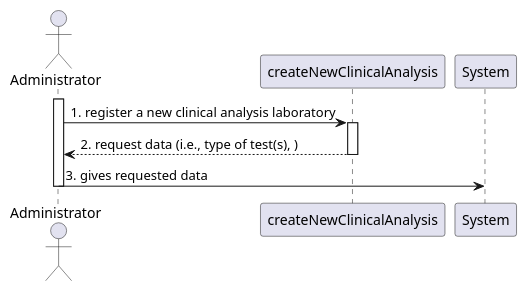
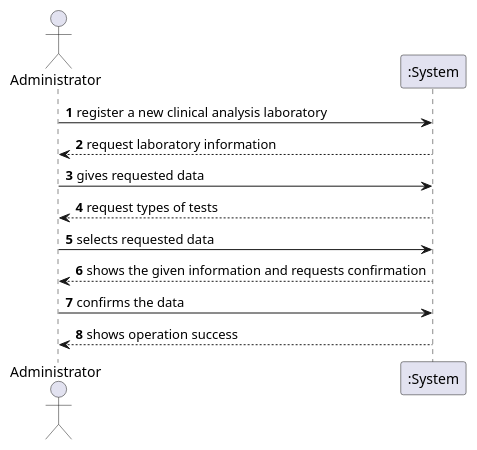
One commit to MadDinosaur/ISEP-LAPR2 changed the diagram in docs/SprintB/US8/US8_SSD.puml. Above: the diagram before and after it, drawn with PlantUML. The commit also changed 2 other files, not shown here.

```diff
--- a/docs/SprintB/US8/US8_SSD.puml
+++ b/docs/SprintB/US8/US8_SSD.puml
@@ -1,17 +1,13 @@
 @startuml
+actor Administrator as admin
+participant ":System" as sys
 
-actor Administrator
-activate Administrator
-
-
-
-Administrator -> createNewClinicalAnalysis: 1. register a new clinical analysis laboratory
-activate createNewClinicalAnalysis
-createNewClinicalAnalysis --> Administrator: 2. request data (i.e., type of test(s), )
-deactivate createNewClinicalAnalysis
-
-Administrator -> System: 3. gives requested data
-
-
-deactivate Administrator
+admin -> sys : **1** register a new clinical analysis laboratory
+sys --> admin : **2** request laboratory information
+admin -> sys : **3** gives requested data
+sys --> admin : **4** request types of tests
+admin -> sys : **5** selects requested data
+sys --> admin : **6** shows the given information and requests confirmation
+admin -> sys : **7** confirms the data
+sys --> admin : **8** shows operation success
 @enduml
```
